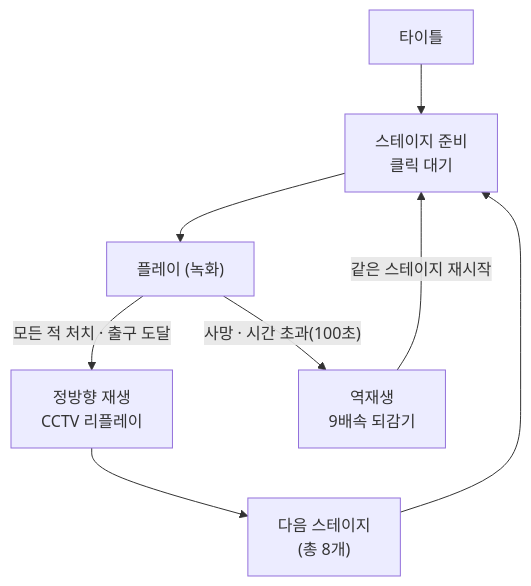
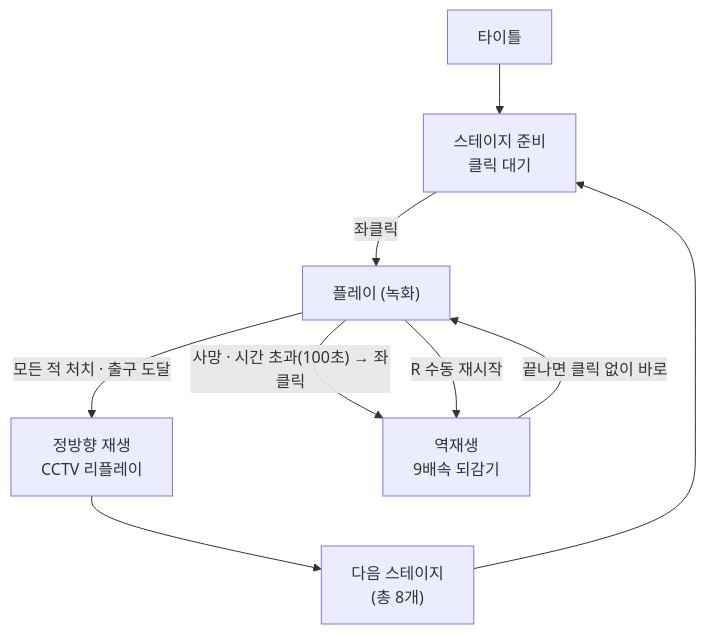
The first of 6 diagrams in src/03-katana-zero/기술문서.md (NaJungWon/portfolio), drawn with Mermaid before and after one commit. The commit also changed other lines of this file and 5 other files, not shown here.

````diff
--- a/src/03-katana-zero/기술문서.md
+++ b/src/03-katana-zero/기술문서.md
@@ -39,10 +61,11 @@
 ```mermaid
 flowchart TB
     A["타이틀"] --> B["스테이지 준비<br/>클릭 대기"]
-    B --> C["플레이 (녹화)"]
+    B -->|"좌클릭"| C["플레이 (녹화)"]
     C -->|"모든 적 처치 · 출구 도달"| D["정방향 재생<br/>CCTV 리플레이"]
     D --> E["다음 스테이지<br/>(총 8개)"]
     E --> B
-    C -->|"사망 · 시간 초과(100초)"| F["역재생<br/>9배속 되감기"]
-    F -->|"같은 스테이지 재시작"| B
+    C -->|"사망 · 시간 초과(100초) → 좌클릭"| F["역재생<br/>9배속 되감기"]
+    C -->|"R 수동 재시작"| F
+    F -->|"끝나면 클릭 없이 바로"| C
 ```
````
